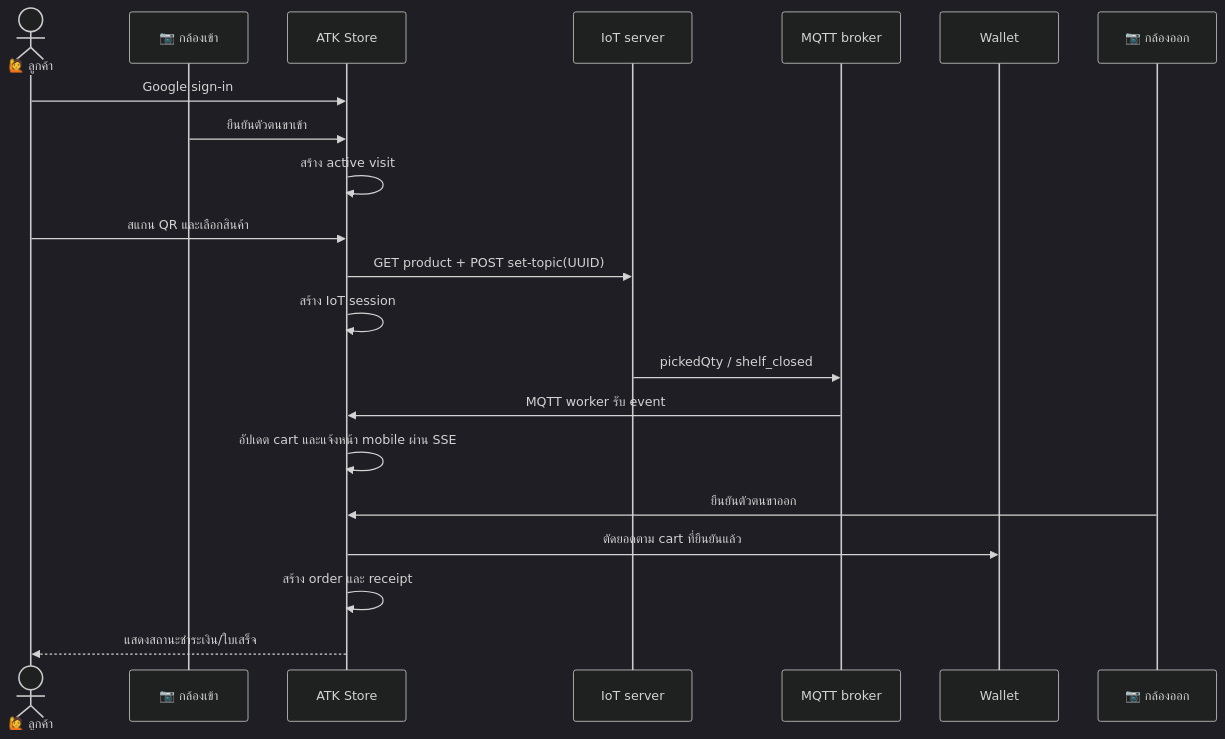
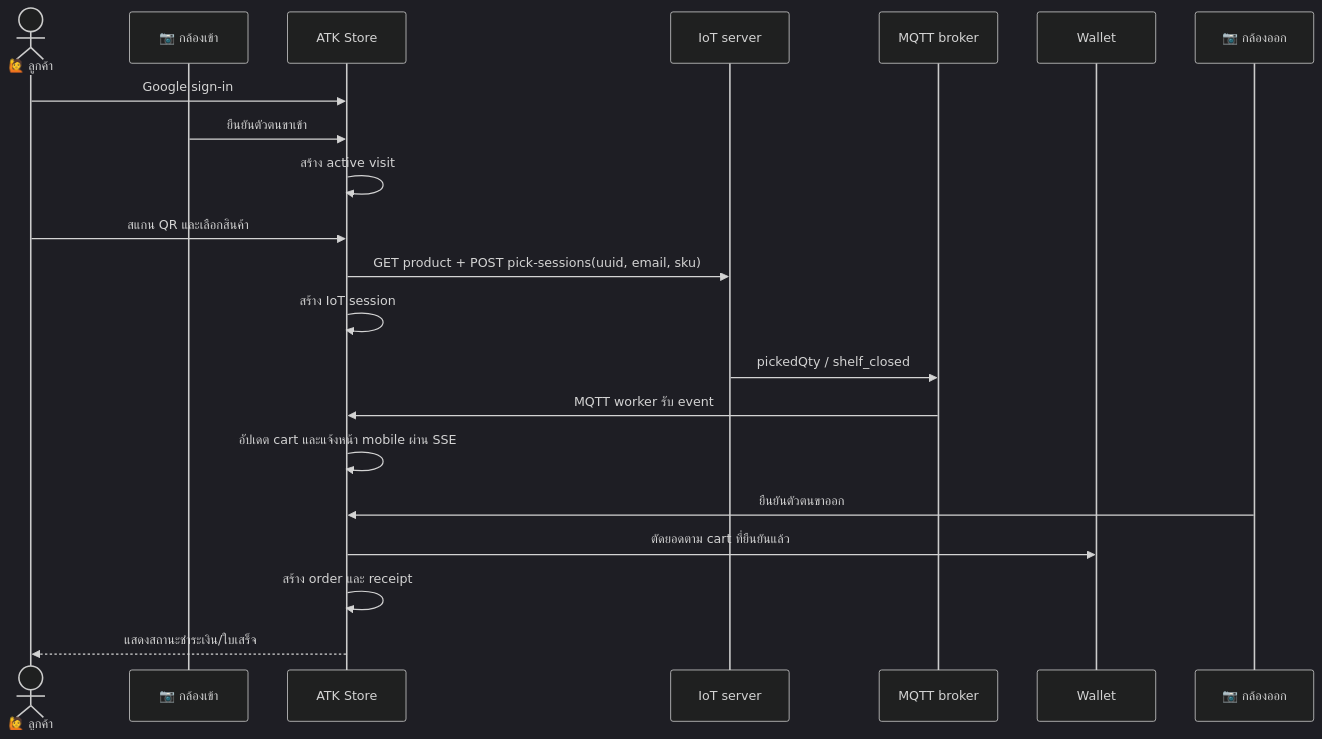
One commit to kukiat/atk-store changed the second of 7 diagrams in README.md. Above: the diagram before and after it, drawn with Mermaid (dark theme). The commit also changed other lines of this file and 29 other files, not shown here.

````diff
--- a/README.md
+++ b/README.md
@@ -199,24 +199,24 @@
 ```mermaid
 sequenceDiagram
   actor Customer as 🙋 ลูกค้า
   participant Camera as 📷 กล้องเข้า
   participant App as ATK Store
   participant Iot as IoT server
   participant MQTT as MQTT broker
   participant Wallet as Wallet
   participant Exit as 📷 กล้องออก
 
   Customer->>App: Google sign-in
   Camera->>App: ยืนยันตัวตนขาเข้า
   App->>App: สร้าง active visit
   Customer->>App: สแกน QR และเลือกสินค้า
-  App->>Iot: GET product + POST set-topic(UUID)
+  App->>Iot: GET product + POST pick-sessions(uuid, email, sku)
   App->>App: สร้าง IoT session
   Iot->>MQTT: pickedQty / shelf_closed
   MQTT->>App: MQTT worker รับ event
   App->>App: อัปเดต cart และแจ้งหน้า mobile ผ่าน SSE
   Exit->>App: ยืนยันตัวตนขาออก
   App->>Wallet: ตัดยอดตาม cart ที่ยืนยันแล้ว
   App->>App: สร้าง order และ receipt
   App-->>Customer: แสดงสถานะชำระเงิน/ใบเสร็จ
 ```
````
